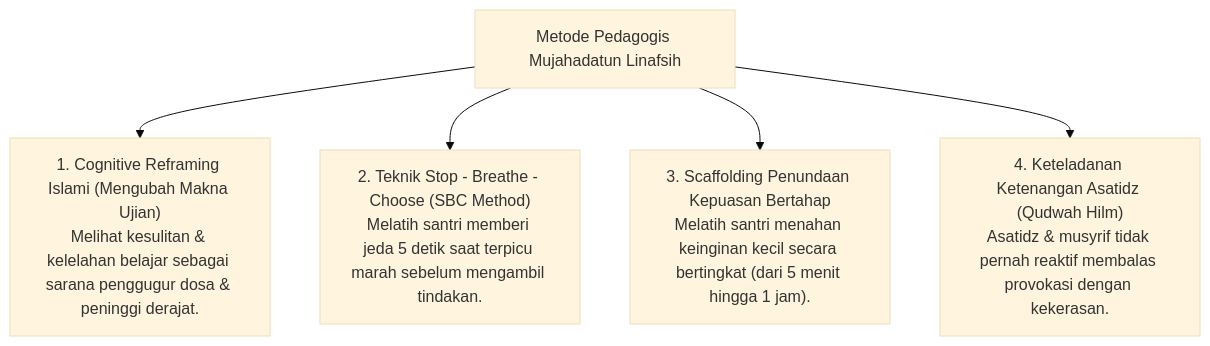
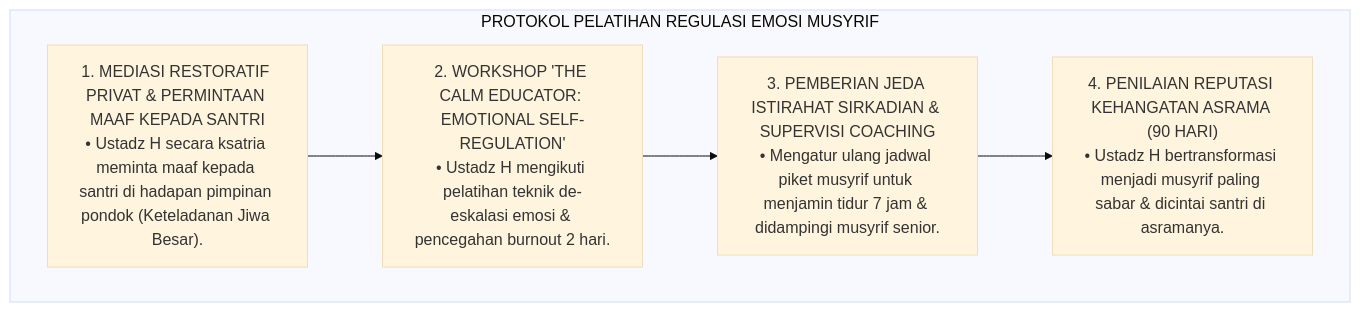
Before and after one commit to wandiapriliyandi/tumbuh: the fifth of 6 diagrams in 03 Capacity Framework/09 Mujahadatun Linafsih/P3-09-12-Metode-Pedagogi-dan-Didaktik-Mujahadah.md, drawn with Mermaid (base theme). The commit also changed other lines of this file and 14 other files, not shown here.

Commit message:
docs(03-capacity): complete all 15 research monographs for 09 Mujahadatun Linafsih

````diff
--- a/03 Capacity Framework/09 Mujahadatun Linafsih/P3-09-12-Metode-Pedagogi-dan-Didaktik-Mujahadah.md
+++ b/03 Capacity Framework/09 Mujahadatun Linafsih/P3-09-12-Metode-Pedagogi-dan-Didaktik-Mujahadah.md
@@ -10,9 +134,14 @@
 ```mermaid
-graph TD
-    Metode["Metode Pedagogis Mujahadatun Linafsih"]
-    
-    Metode --> M1["1. Cognitive Reframing Islami (Mengubah Makna Ujian)<br/>Melihat kesulitan & kelelahan belajar sebagai sarana penggugur dosa & peninggi derajat."]
-    Metode --> M2["2. Teknik Stop - Breathe - Choose (SBC Method)<br/>Melatih santri memberi jeda 5 detik saat terpicu marah sebelum mengambil tindakan."]
-    Metode --> M3["3. Scaffolding Penundaan Kepuasan Bertahap<br/>Melatih santri menahan keinginan kecil secara bertingkat (dari 5 menit hingga 1 jam)."]
-    Metode --> M4["4. Keteladanan Ketenangan Asatidz (Qudwah Hilm)<br/>Asatidz & musyrif tidak pernah reaktif membalas provokasi dengan kekerasan."]
+flowchart TD
+    subgraph ProtokolTransformasiMusyrif["PROTOKOL PELATIHAN REGULASI EMOSI MUSYRIF"]
+        TahapI["1. MEDIASI RESTORATIF PRIVAT & PERMINTAAN MAAF KEPADA SANTRI<br/>• Ustadz H secara ksatria meminta maaf kepada santri di hadapan pimpinan pondok (Keteladanan Jiwa Besar)."]
+        
+        TahapII["2. WORKSHOP 'THE CALM EDUCATOR: EMOTIONAL SELF-REGULATION'<br/>• Ustadz H mengikuti pelatihan teknik de-eskalasi emosi & pencegahan burnout 2 hari."]
+        
+        TahapIII["3. PEMBERIAN JEDA ISTIRAHAT SIRKADIAN & SUPERVISI COACHING<br/>• Mengatur ulang jadwal piket musyrif untuk menjamin tidur 7 jam & didampingi musyrif senior."]
+        
+        TahapIV["4. PENILAIAN REPUTASI KEHANGATAN ASRAMA (90 HARI)<br/>• Ustadz H bertransformasi menjadi musyrif paling sabar & dicintai santri di asramanya."]
+        
+        TahapI --> TahapII --> TahapIII --> TahapIV
+    end
 ```
````
